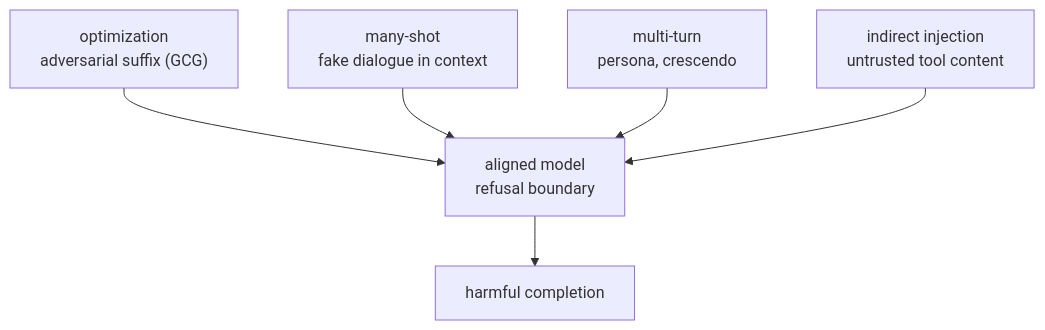
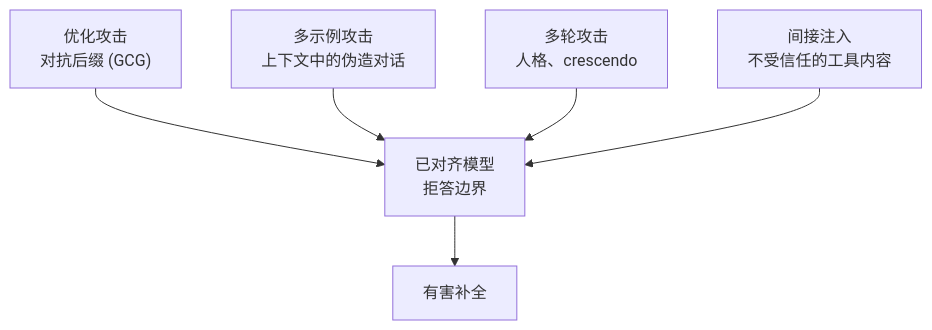
The first of 2 diagrams in zh/safety/05-adversarial-robustness.qmd (latere-ai/ai-as-an-infrastructure), drawn with Mermaid before and after one commit. The commit also changed other lines of this file and 273 other files, not shown here.

Commit message:
docs: localize Chinese diagrams

````diff
--- a/zh/safety/05-adversarial-robustness.qmd
+++ b/zh/safety/05-adversarial-robustness.qmd
@@ -15,11 +15,11 @@
 ```{mermaid}
 %%| label: fig-adv-taxonomy
-%%| fig-cap: "四个越狱家族，按各自利用的对象分组。优化攻击直接在 token 空间里搜索；many-shot 攻击利用长上下文窗口；多轮攻击利用对话状态；间接注入利用一个使用工具的智能体那敞开的输入通道。下方的防御针对的是不同家族，没有一种能覆盖全部四个。"
+%%| fig-cap: "四个越狱家族，按各自利用的对象分组。优化攻击直接在 token 空间里搜索；多示例攻击利用长上下文窗口；多轮攻击利用对话状态；间接注入利用一个使用工具的智能体那敞开的输入通道。下方的防御针对的是不同家族，没有一种能覆盖全部四个。"
 flowchart TB
-  M["aligned model<br/>refusal boundary"]
-  O["optimization<br/>adversarial suffix (GCG)"] --> M
-  MS["many-shot<br/>fake dialogue in context"] --> M
-  MT["multi-turn<br/>persona, crescendo"] --> M
-  I["indirect injection<br/>untrusted tool content"] --> M
-  M --> H["harmful completion"]
+  M["已对齐模型<br/>拒答边界"]
+  O["优化攻击<br/>对抗后缀 (GCG)"] --> M
+  MS["多示例攻击<br/>上下文中的伪造对话"] --> M
+  MT["多轮攻击<br/>人格、crescendo"] --> M
+  I["间接注入<br/>不受信任的工具内容"] --> M
+  M --> H["有害补全"]
 ```
````
